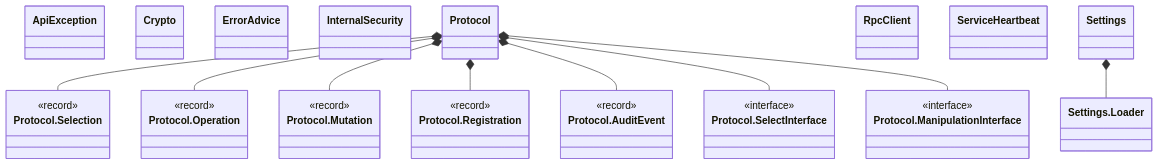
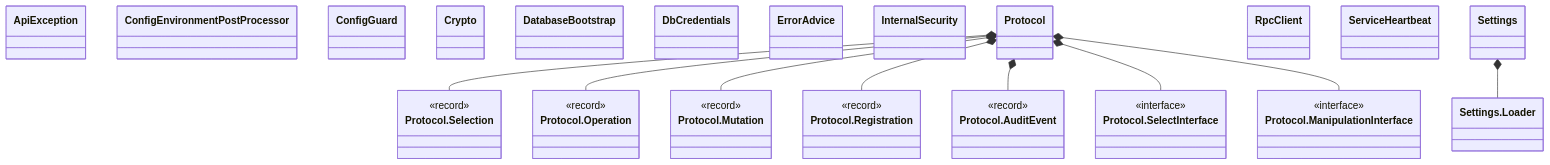
The third of 5 diagrams in docs/class-diagrams.md (AlexLiong/grade-management-system), drawn with Mermaid before and after one commit. The commit also changed other lines of this file and 17 other files, not shown here.

````diff
--- a/docs/class-diagrams.md
+++ b/docs/class-diagrams.md
@@ -60,34 +60,38 @@
 ```mermaid
 classDiagram
     class ApiException["ApiException"]
+    class ConfigEnvironmentPostProcessor["ConfigEnvironmentPostProcessor"]
+    class ConfigGuard["ConfigGuard"]
     class Crypto["Crypto"]
+    class DatabaseBootstrap["DatabaseBootstrap"]
+    class DbCredentials["DbCredentials"]
     class ErrorAdvice["ErrorAdvice"]
     class InternalSecurity["InternalSecurity"]
     class Protocol["Protocol"]
     class Protocol_Selection["Protocol.Selection"]
     <<record>> Protocol_Selection
     Protocol *-- Protocol_Selection
     class Protocol_Operation["Protocol.Operation"]
     <<record>> Protocol_Operation
     Protocol *-- Protocol_Operation
     class Protocol_Mutation["Protocol.Mutation"]
     <<record>> Protocol_Mutation
     Protocol *-- Protocol_Mutation
     class Protocol_Registration["Protocol.Registration"]
     <<record>> Protocol_Registration
     Protocol *-- Protocol_Registration
     class Protocol_AuditEvent["Protocol.AuditEvent"]
     <<record>> Protocol_AuditEvent
     Protocol *-- Protocol_AuditEvent
     class Protocol_SelectInterface["Protocol.SelectInterface"]
     <<interface>> Protocol_SelectInterface
     Protocol *-- Protocol_SelectInterface
     class Protocol_ManipulationInterface["Protocol.ManipulationInterface"]
     <<interface>> Protocol_ManipulationInterface
     Protocol *-- Protocol_ManipulationInterface
     class RpcClient["RpcClient"]
     class ServiceHeartbeat["ServiceHeartbeat"]
     class Settings["Settings"]
     class Settings_Loader["Settings.Loader"]
     Settings *-- Settings_Loader
 ```
````
